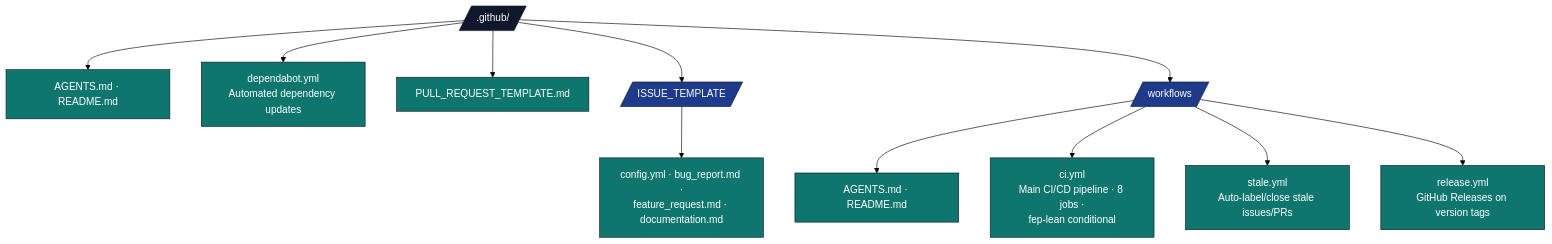
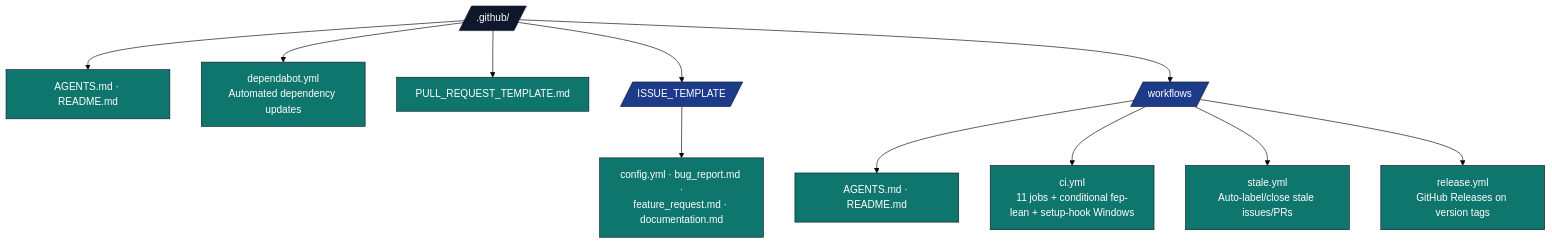
Before and after one commit to docxology/template: the diagram in .github/AGENTS.md, drawn with Mermaid (forest theme). The commit also changed other lines of this file and 164 other files, not shown here.

````diff
--- a/.github/AGENTS.md
+++ b/.github/AGENTS.md
@@ -18,23 +18,23 @@
 ```mermaid
 flowchart TB
     GH[/.github//]
     GH --> META[AGENTS.md · README.md]
     GH --> DEP[dependabot.yml<br/>Automated dependency updates]
     GH --> PRT[PULL_REQUEST_TEMPLATE.md]
     GH --> ITPL[/ISSUE_TEMPLATE/]
     GH --> WF[/workflows/]
 
     ITPL --> ITPL_F[config.yml · bug_report.md ·<br/>feature_request.md · documentation.md]
 
     WF --> WF_DOCS[AGENTS.md · README.md]
-    WF --> WF_CI[ci.yml<br/>Main CI/CD pipeline · 8 jobs ·<br/>fep-lean conditional]
+    WF --> WF_CI[ci.yml<br/>11 jobs + conditional fep-lean + setup-hook Windows]
     WF --> WF_STALE[stale.yml<br/>Auto-label/close stale issues/PRs]
     WF --> WF_REL[release.yml<br/>GitHub Releases on version tags]
 
     classDef d fill:#0f172a,stroke:#0f172a,color:#fff
     classDef pkg fill:#1e3a8a,stroke:#0f172a,color:#fff
     classDef f fill:#0f766e,stroke:#0f172a,color:#fff
     class GH d
     class ITPL,WF pkg
     class META,DEP,PRT,ITPL_F,WF_DOCS,WF_CI,WF_STALE,WF_REL f
 ```
````
